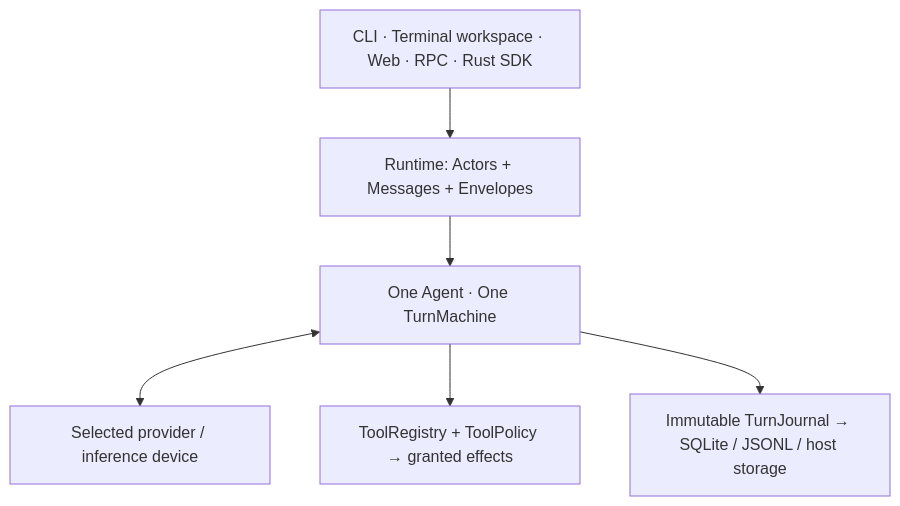
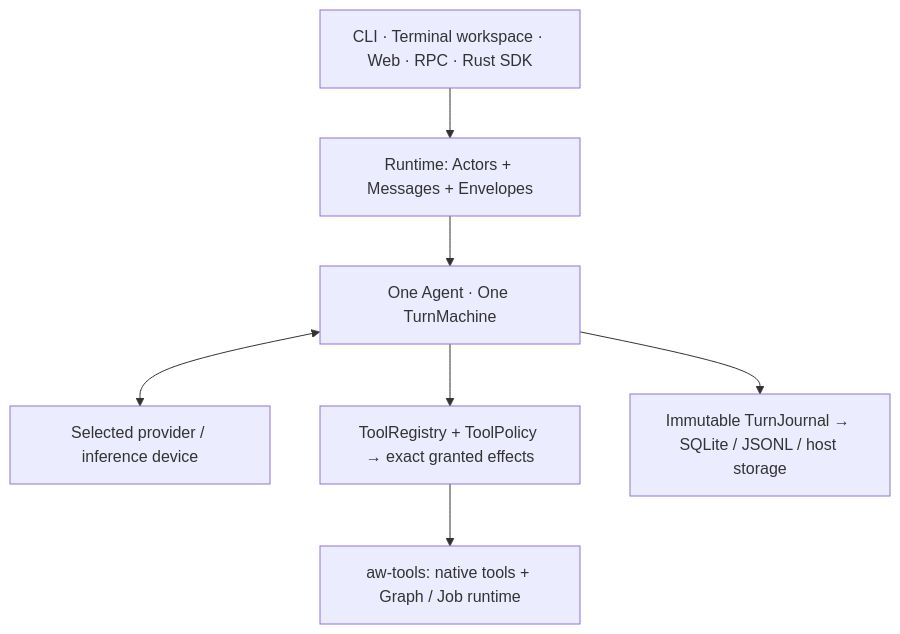
Before and after one commit to abird-ai/aw: the diagram in README.md, drawn with Mermaid. The commit also changed other lines of this file, not shown here.

Commit message:
Brand aw as graph-native agent runtime and embeddable tools core

````diff
--- a/README.md
+++ b/README.md
@@ -76,14 +78,15 @@
 ```mermaid
 flowchart TB
     UI["CLI · Terminal workspace · Web · RPC · Rust SDK"]
     RT["Runtime: Actors + Messages + Envelopes"]
     A["One Agent · One TurnMachine"]
     P["Selected provider / inference device"]
-    T["ToolRegistry + ToolPolicy → granted effects"]
+    T["ToolRegistry + ToolPolicy → exact granted effects"]
+    G["aw-tools: native tools + Graph / Job runtime"]
     J["Immutable TurnJournal → SQLite / JSONL / host storage"]
 
     UI --> RT --> A
     A <--> P
-    A --> T
+    A --> T --> G
     A --> J
 ```
````
